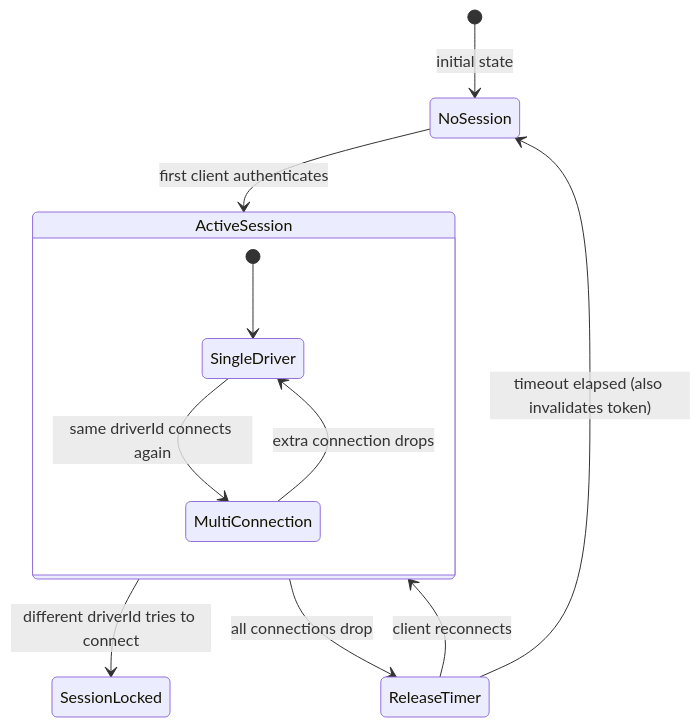
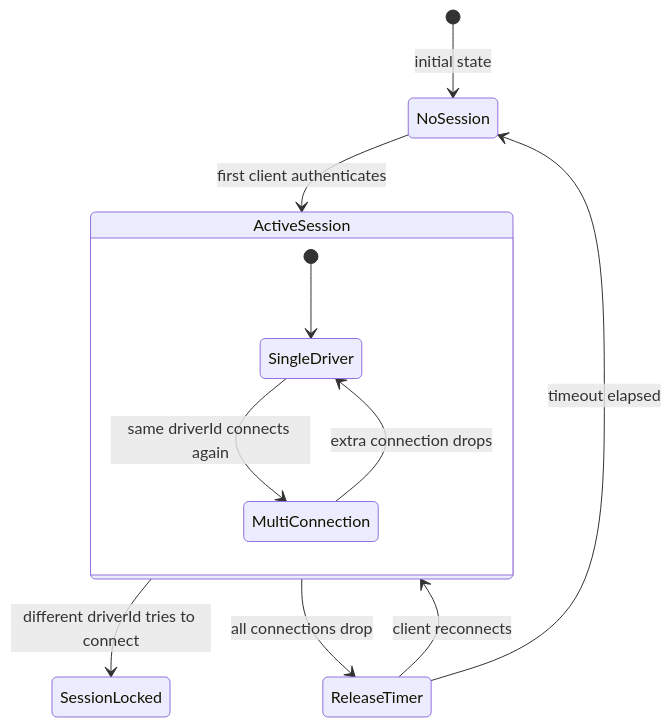
The third of 3 diagrams in docs/dossiers/06-THEMUSCLE.md (RoyalPineapple/TheButtonHeist), drawn with Mermaid before and after one commit. The commit also changed other lines of this file and 30 other files, not shown here.

````diff
--- a/docs/dossiers/06-THEMUSCLE.md
+++ b/docs/dossiers/06-THEMUSCLE.md
@@ -79,18 +83,18 @@
 ```mermaid
 stateDiagram-v2
     [*] --> NoSession: initial state
 
     NoSession --> ActiveSession: first client authenticates
 
     state ActiveSession {
         [*] --> SingleDriver
         SingleDriver --> MultiConnection: same driverId connects again
         MultiConnection --> SingleDriver: extra connection drops
     }
 
     ActiveSession --> SessionLocked: different driverId tries to connect
 
     ActiveSession --> ReleaseTimer: all connections drop
-    ReleaseTimer --> NoSession: timeout elapsed (also invalidates token)
+    ReleaseTimer --> NoSession: timeout elapsed
     ReleaseTimer --> ActiveSession: client reconnects
 ```
````
